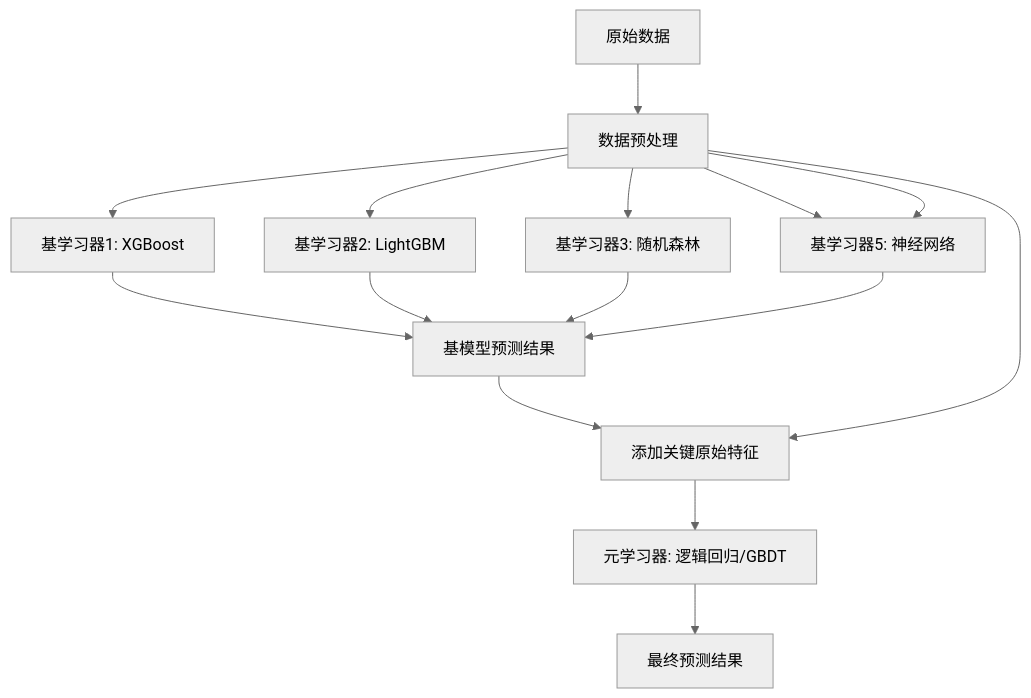
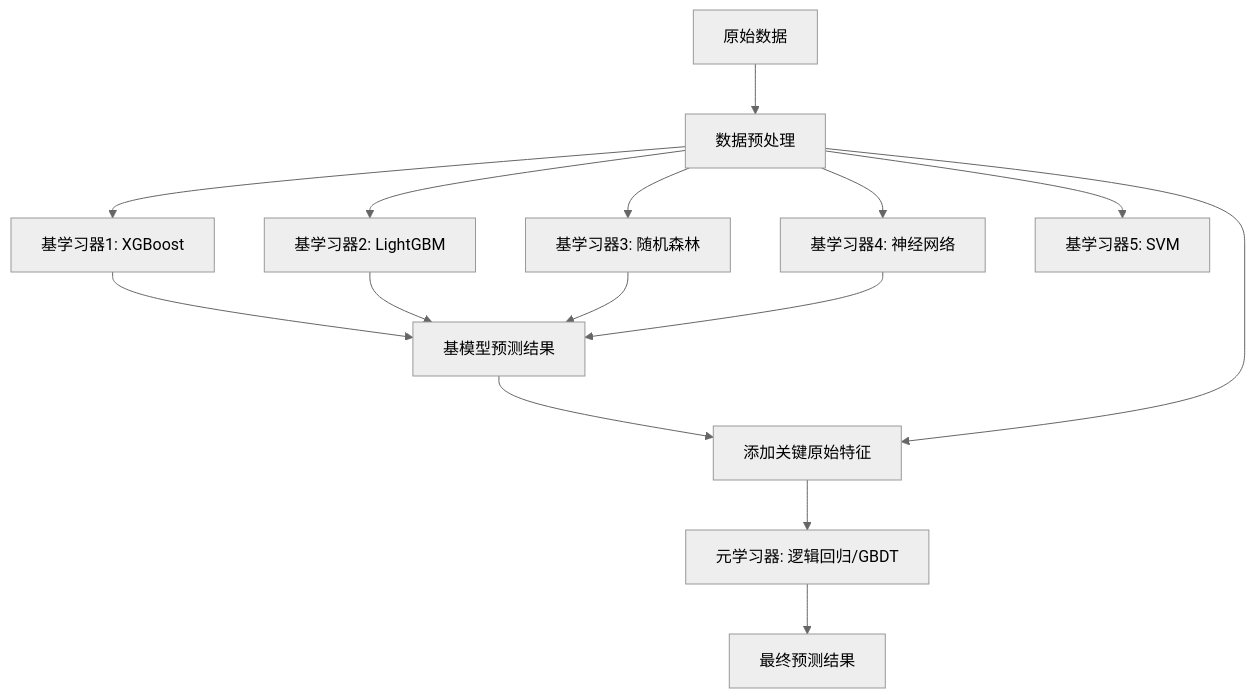
The diagram in all/未命名.md (fromwhitetoblack/iodraw-files), drawn with Mermaid (neutral theme) before and after one commit.

Commit message:
2025-03-11 12:00:05 update

````diff
--- a/all/未命名.md
+++ b/all/未命名.md
@@ -1,17 +1,17 @@
 ```mermaid
 graph TD
     A[原始数据] --> B[数据预处理]
     B --> C1[基学习器1: XGBoost]
     B --> C2[基学习器2: LightGBM]
     B --> C3[基学习器3: 随机森林]
     B --> C4[基学习器4: 神经网络]
-    B --> C4[基学习器5: 神经网络]
+    B --> C5[基学习器5: SVM]
     C1 --> D[基模型预测结果]
     C2 --> D
     C3 --> D
     C4 --> D
     D --> E[元学习器输入特征]
     B --> E[添加关键原始特征]
     E --> F[元学习器: 逻辑回归/GBDT]
     F --> G[最终预测结果]
 ```
````
